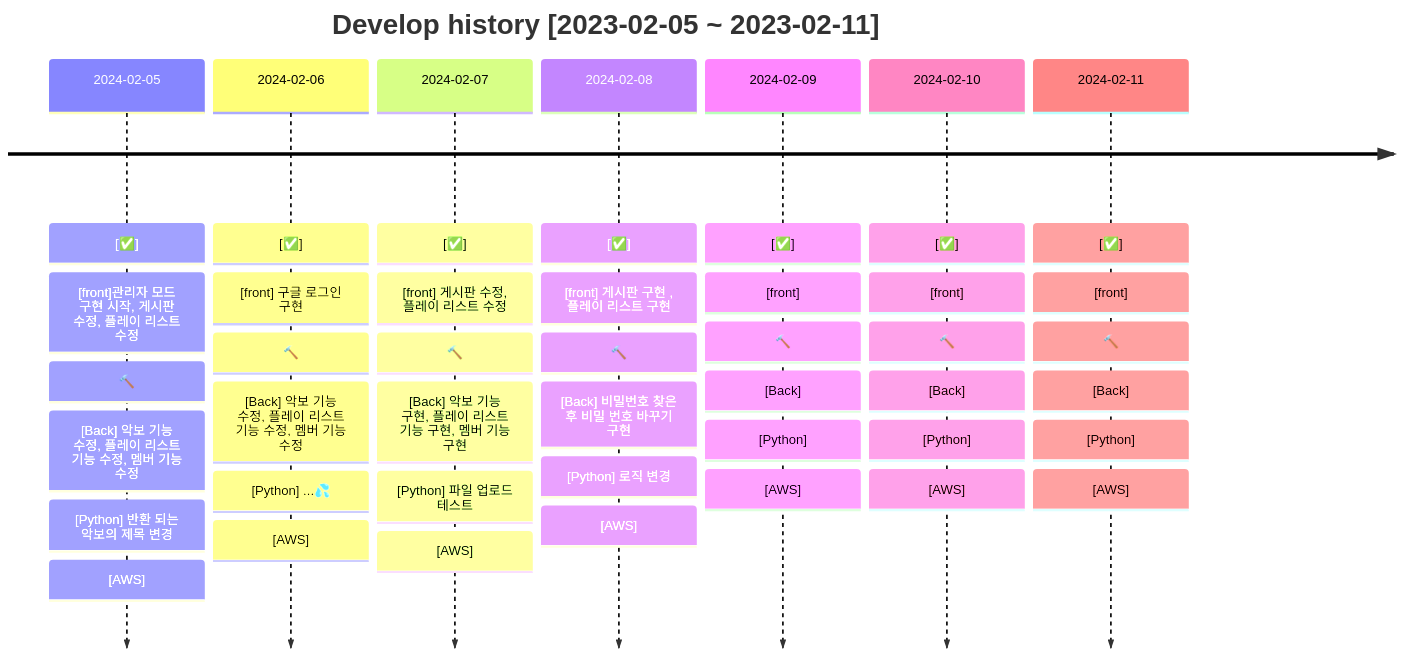
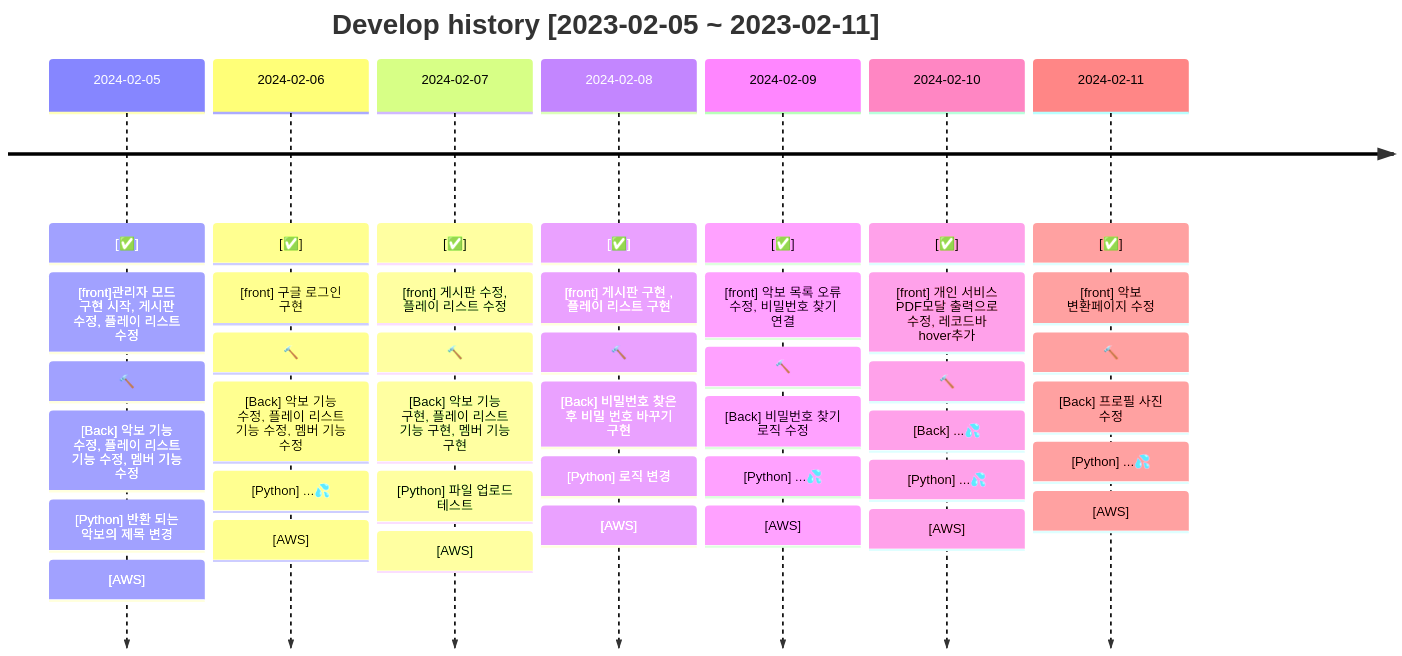
One commit to TeamCrescendo/Crescendo-Spring changed the fifth of 8 diagrams in README.md. Above: the diagram before and after it, drawn with Mermaid. The commit also changed other lines of this file, not shown here.

````diff
--- a/README.md
+++ b/README.md
@@ -304,46 +304,46 @@
 ```mermaid
 timeline
     title Develop history [2023-02-05 ~ 2023-02-11]
     2024-02-05: [✅] 
 	: [front]관리자 모드 구현 시작, 게시판 수정, 플레이 리스트 수정
 	: 🔨
 	: [Back] 악보 기능 수정, 플레이 리스트 기능 수정, 멤버 기능 수정
 	: [Python] 반환 되는 악보의 제목 변경
             : [AWS] 
     2024-02-06: [✅]
             : [front] 구글 로그인 구현 
 	: 🔨
 	: [Back] 악보 기능 수정, 플레이 리스트 기능 수정, 멤버 기능 수정
 	: [Python] ...💦
             : [AWS] 
     2024-02-07: [✅]
             : [front] 게시판 수정, 플레이 리스트 수정
 	: 🔨
 	: [Back] 악보 기능 구현, 플레이 리스트 기능 구현, 멤버 기능 구현
 	: [Python] 파일 업로드 테스트 
             : [AWS] 
     2024-02-08: [✅] 
             : [front] 게시판 구현 , 플레이 리스트 구현
 	: 🔨
 	: [Back] 비밀번호 찾은 후 비밀 번호 바꾸기 구현
 	: [Python] 로직 변경 
             : [AWS] 
     2024-02-09: [✅]
-            : [front]
+            : [front] 악보 목록 오류 수정, 비밀번호 찾기 연결
 	: 🔨
-	: [Back]
-	: [Python]
+	: [Back] 비밀번호 찾기 로직 수정
+	: [Python] ...💦
             : [AWS] 
     2024-02-10: [✅] 
-           : [front]
+           : [front] 개인 서비스 PDF모달 출력으로 수정, 레코드바 hover추가
 	: 🔨
-	: [Back]
-	: [Python]
+	: [Back] ...💦
+	: [Python] ...💦
             : [AWS] 
     2024-02-11: [✅] 
-           : [front]
+           : [front] 악보 변환페이지 수정
 	: 🔨
-	: [Back]
-	: [Python]
+	: [Back] 프로필 사진 수정
+	: [Python] ...💦
             : [AWS] 
 ```
````
